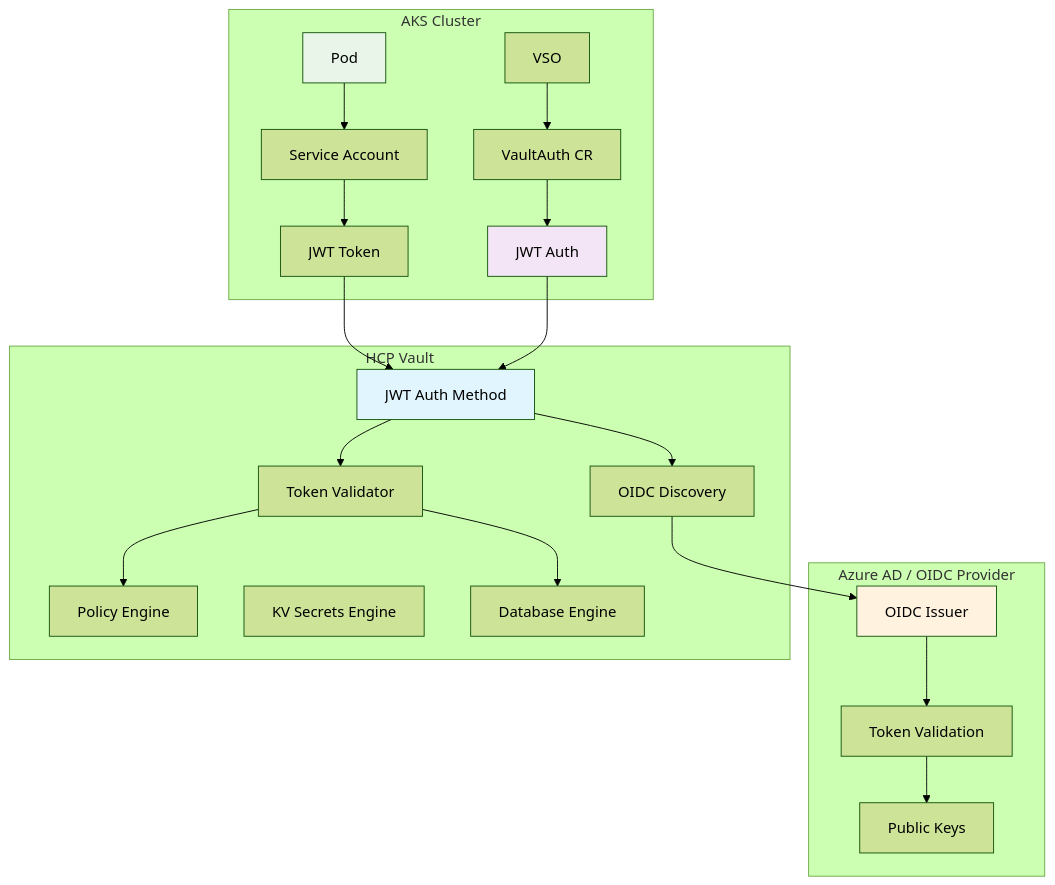
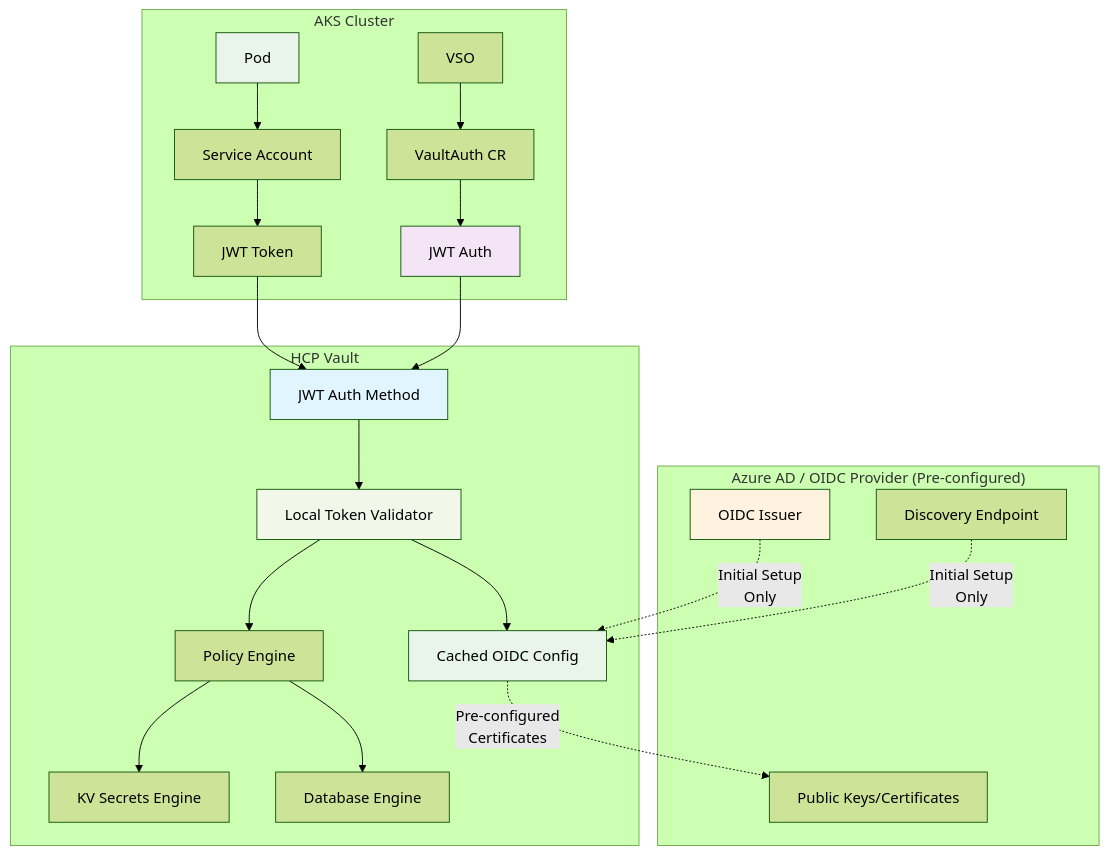
The second of 4 diagrams in docs/kubernetes-integration-guide.md (ucbabu/hcp-vault), drawn with Mermaid (forest theme) before and after one commit. The commit also changed other lines of this file, not shown here.

Commit message:
fixed aks auth flows

````diff
--- a/docs/kubernetes-integration-guide.md
+++ b/docs/kubernetes-integration-guide.md
@@ -47,39 +54,42 @@
 ```mermaid
 graph TB
     subgraph "AKS Cluster"
         A[Pod] --> B[Service Account]
         B --> C[JWT Token]
         D[VSO] --> E[VaultAuth CR]
         E --> F[JWT Auth]
     end
     
-    subgraph "Azure AD / OIDC Provider"
+    subgraph "Azure AD / OIDC Provider (Pre-configured)"
         L[OIDC Issuer]
-        M[Token Validation]
-        N[Public Keys]
+        M[Public Keys/Certificates]
+        N[Discovery Endpoint]
     end
     
     subgraph "HCP Vault"
         G[JWT Auth Method]
-        H[OIDC Discovery]
-        I[Token Validator]
+        H[Cached OIDC Config]
+        I[Local Token Validator]
         J[Policy Engine]
         K[KV Secrets Engine]
         O[Database Engine]
     end
     
     C --> G
-    G --> H
-    H --> L
-    L --> M
-    M --> N
+    F --> G
     G --> I
+    I --> H
+    H -."Pre-configured\nCertificates".-> M
+    L -."Initial Setup\nOnly".-> H
+    N -."Initial Setup\nOnly".-> H
     I --> J
-    I --> O
-    F --> G
+    J --> K
+    J --> O
     
     style G fill:#e1f5fe
     style F fill:#f3e5f5
     style A fill:#e8f5e8
     style L fill:#fff3e0
+    style H fill:#e8f5e8
+    style I fill:#f1f8e9
 ```
````
